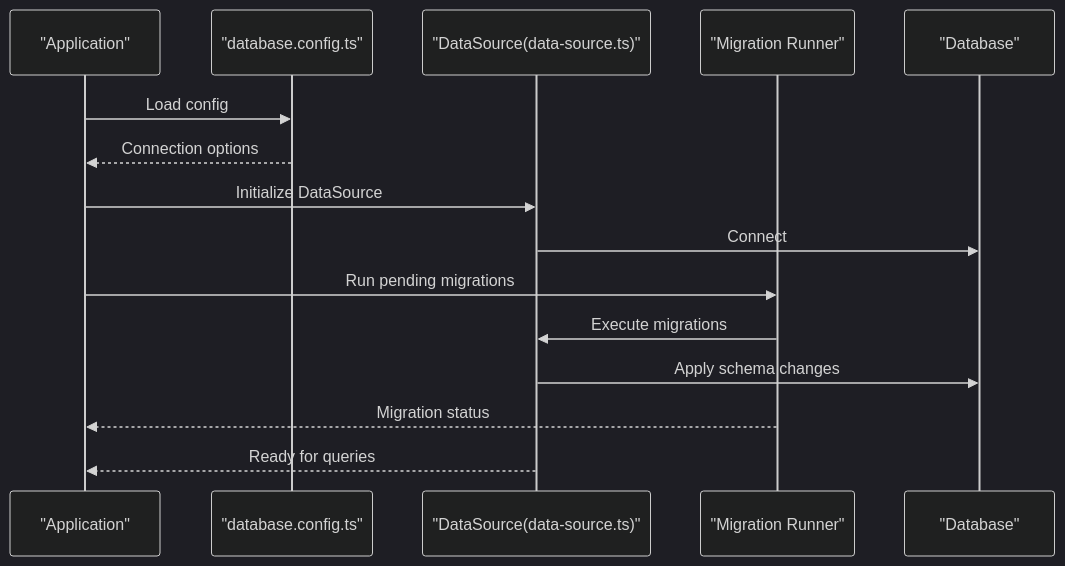
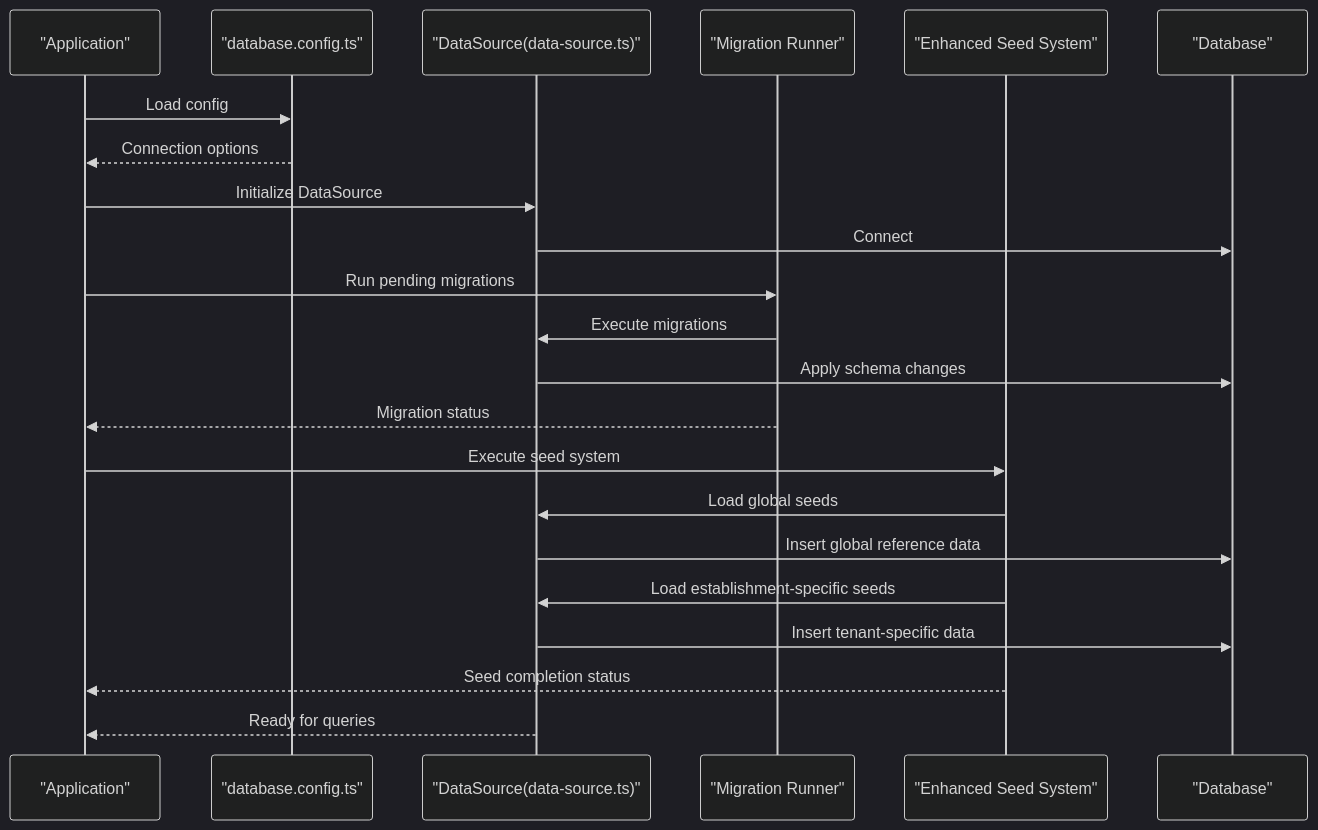
The second of 5 diagrams in .qoder/repowiki/en/content/System Architecture/Backend Architecture/Database Layer & TypeORM Implementation.md (franckylab/eLISAschool), drawn with Mermaid (dark theme) before and after one commit. The commit also changed other lines of this file and 85 other files, not shown here.

````diff
--- a/.qoder/repowiki/en/content/System Architecture/Backend Architecture/Database Layer & TypeORM Implementation.md
+++ b/.qoder/repowiki/en/content/System Architecture/Backend Architecture/Database Layer & TypeORM Implementation.md
@@ -134,17 +160,24 @@
 ```mermaid
 sequenceDiagram
 participant App as "Application"
 participant Config as "database.config.ts"
 participant DS as "DataSource(data-source.ts)"
 participant Migrator as "Migration Runner"
+participant Seeder as "Enhanced Seed System"
 participant DB as "Database"
 App->>Config : Load config
 Config-->>App : Connection options
 App->>DS : Initialize DataSource
 DS->>DB : Connect
 App->>Migrator : Run pending migrations
 Migrator->>DS : Execute migrations
 DS->>DB : Apply schema changes
 Migrator-->>App : Migration status
+App->>Seeder : Execute seed system
+Seeder->>DS : Load global seeds
+DS->>DB : Insert global reference data
+Seeder->>DS : Load establishment-specific seeds
+DS->>DB : Insert tenant-specific data
+Seeder-->>App : Seed completion status
 DS-->>App : Ready for queries
 ```
````
